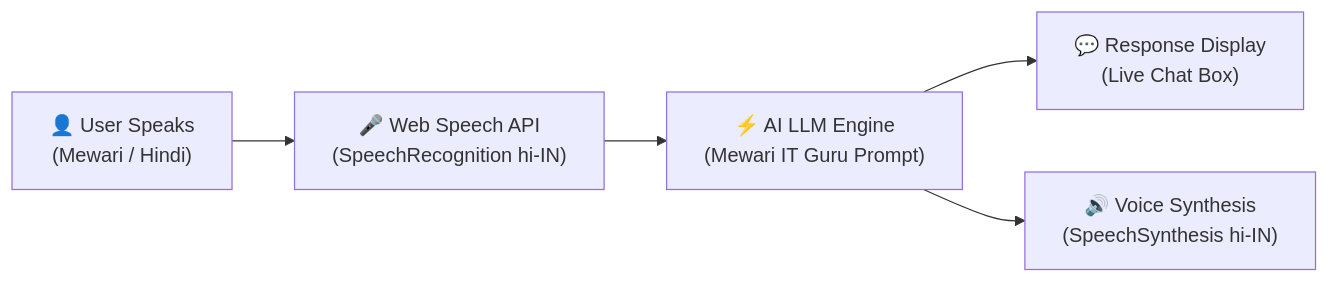
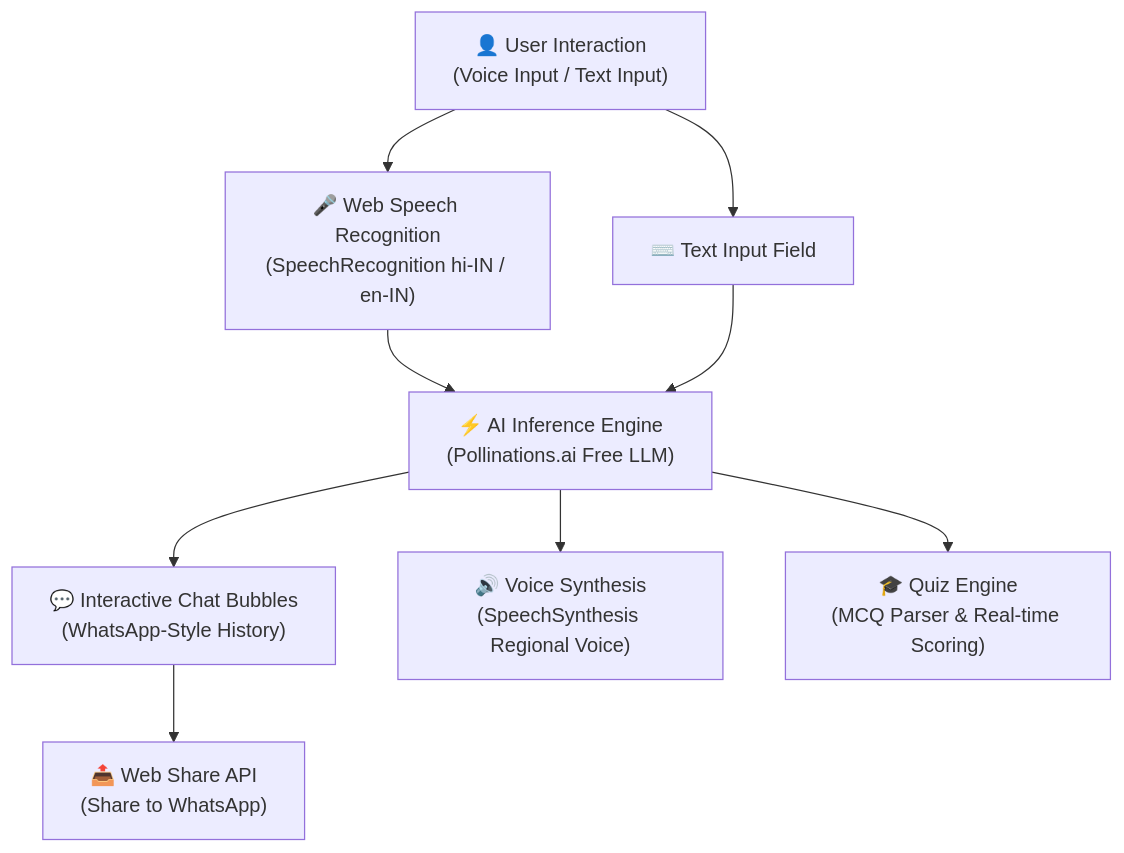
The diagram in README.md (divyarajsingh2021-pixel/Manas-Ai), drawn with Mermaid before and after one commit. The commit also changed other lines of this file and 3 other files, not shown here.

````diff
--- a/README.md
+++ b/README.md
@@ -31,7 +38,11 @@
 ```mermaid
-flowchart LR
-    A["👤 User Speaks<br/>(Mewari / Hindi)"] --> B["🎤 Web Speech API<br/>(SpeechRecognition hi-IN)"]
-    B --> C["⚡ AI LLM Engine<br/>(Mewari IT Guru Prompt)"]
-    C --> D["💬 Response Display<br/>(Live Chat Box)"]
-    C --> E["🔊 Voice Synthesis<br/>(SpeechSynthesis hi-IN)"]
+flowchart TD
+    A["👤 User Interaction<br/>(Voice Input / Text Input)"] --> B["🎤 Web Speech Recognition<br/>(SpeechRecognition hi-IN / en-IN)"]
+    A --> C["⌨️ Text Input Field"]
+    B --> D["⚡ AI Inference Engine<br/>(Pollinations.ai Free LLM)"]
+    C --> D
+    D --> E["💬 Interactive Chat Bubbles<br/>(WhatsApp-Style History)"]
+    D --> F["🔊 Voice Synthesis<br/>(SpeechSynthesis Regional Voice)"]
+    D --> G["🎓 Quiz Engine<br/>(MCQ Parser & Real-time Scoring)"]
+    E --> H["📤 Web Share API<br/>(Share to WhatsApp)"]
 ```
````
